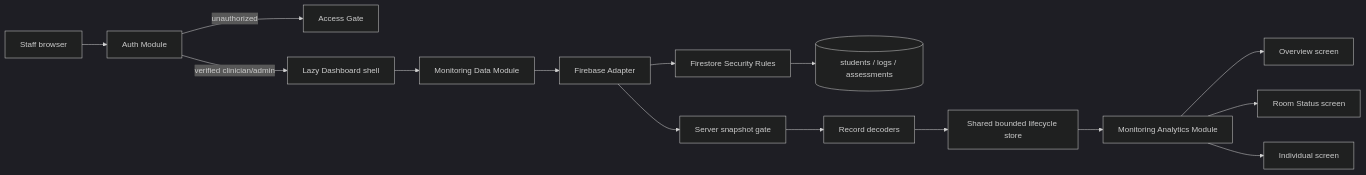
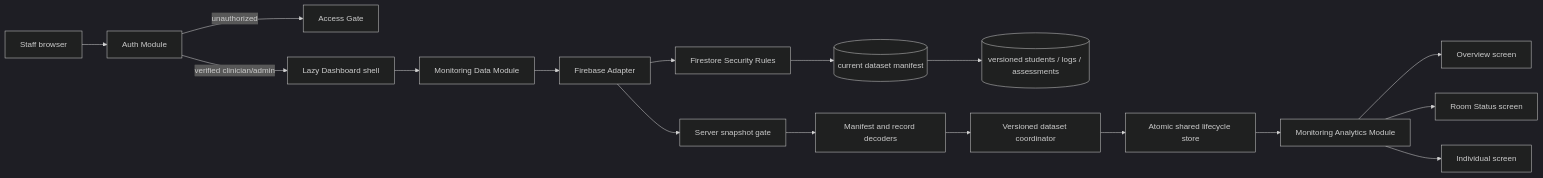
Before and after one commit to pahnkcn/sentinel-dashboard: the diagram in docs/architecture.md, drawn with Mermaid (dark theme). The commit also changed other lines of this file and 18 other files, not shown here.

````diff
--- a/docs/architecture.md
+++ b/docs/architecture.md
@@ -5,17 +5,19 @@
 ```mermaid
 flowchart LR
   User["Staff browser"] --> Auth["Auth Module"]
   Auth -->|"unauthorized"| Gate["Access Gate"]
   Auth -->|"verified clinician/admin"| Shell["Lazy Dashboard shell"]
   Shell --> Data["Monitoring Data Module"]
   Data --> Adapter["Firebase Adapter"]
   Adapter --> Rules["Firestore Security Rules"]
-  Rules --> Store[("students / logs / assessments")]
+  Rules --> Manifest[("current dataset manifest")]
+  Manifest --> Store[("versioned students / logs / assessments")]
   Adapter --> Verify["Server snapshot gate"]
-  Verify --> Decode["Record decoders"]
-  Decode --> Lifecycle["Shared bounded lifecycle store"]
+  Verify --> Decode["Manifest and record decoders"]
+  Decode --> Coordinate["Versioned dataset coordinator"]
+  Coordinate --> Lifecycle["Atomic shared lifecycle store"]
   Lifecycle --> Analytics["Monitoring Analytics Module"]
   Analytics --> Overview["Overview screen"]
   Analytics --> Room["Room Status screen"]
   Analytics --> Individual["Individual screen"]
 ```
````
